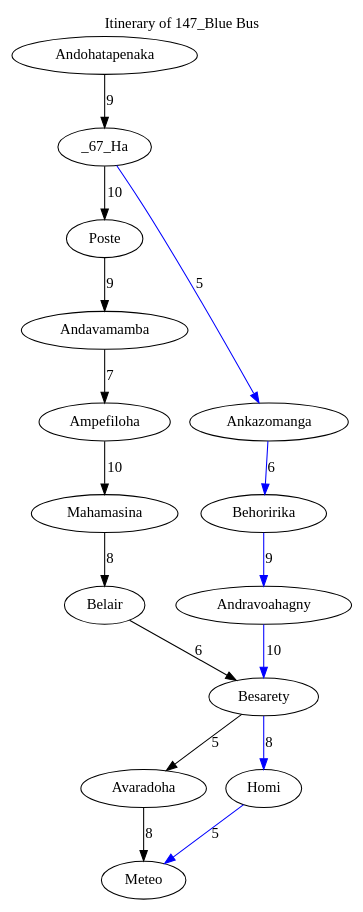
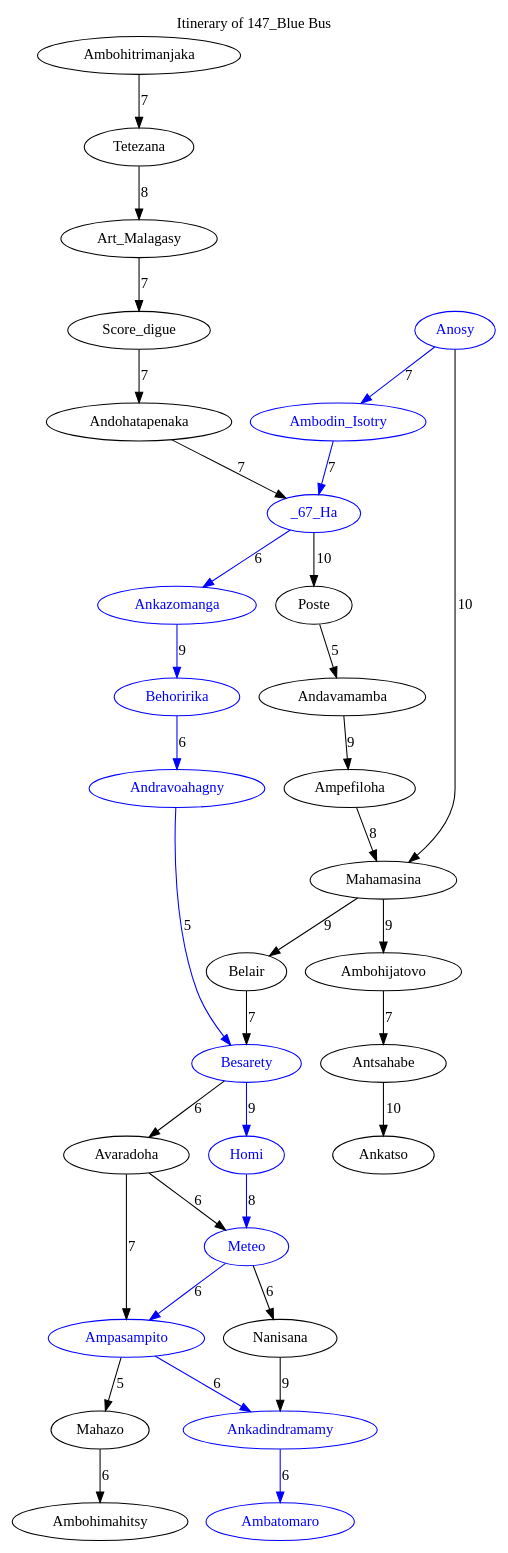
One commit to Online13/bus-path-finding changed the diagram in out/bus_147_Blue.gv. Above: the diagram before and after it, drawn with Graphviz. The commit also changed 38 other files, not shown here.

```diff
--- a/out/bus_147_Blue.gv
+++ b/out/bus_147_Blue.gv
@@ -1,17 +1,75 @@
 digraph G {
-	labelloc="t"	label="Itinerary of 147_Blue Bus"	Andavamamba -> Ampefiloha [weight=7, label="7"];
-	Ampefiloha -> Mahamasina [weight=10, label="10"];
+	labelloc="t"	label="Itinerary of 147_Blue Bus"	Ambodin_Isotry -> _67_Ha [color="blue", weight=7, label="7"];
+	Art_Malagasy -> Score_digue [weight=7, label="7"];
+	Antsahabe -> Ankatso [weight=10, label="10"];
+	Andavamamba -> Ampefiloha [weight=9, label="9"];
+	Ampefiloha -> Mahamasina [weight=8, label="8"];
 	_67_Ha -> Poste [weight=10, label="10"];
-	Andohatapenaka -> _67_Ha [weight=9, label="9"];
-	Mahamasina -> Belair [weight=8, label="8"];
-	Ankazomanga -> Behoririka [color="blue", weight=6, label="6"];
-	Andravoahagny -> Besarety [color="blue", weight=10, label="10"];
-	Besarety -> Avaradoha [weight=5, label="5"];
-	Homi -> Meteo [color="blue", weight=5, label="5"];
-	Besarety -> Homi [color="blue", weight=8, label="8"];
-	Poste -> Andavamamba [weight=9, label="9"];
-	_67_Ha -> Ankazomanga [color="blue", weight=5, label="5"];
-	Behoririka -> Andravoahagny [color="blue", weight=9, label="9"];
-	Belair -> Besarety [weight=6, label="6"];
-	Avaradoha -> Meteo [weight=8, label="8"];
+	Meteo -> Ampasampito [color="blue", weight=6, label="6"];
+	Andohatapenaka -> _67_Ha [weight=7, label="7"];
+	Meteo -> Nanisana [weight=6, label="6"];
+	Mahamasina -> Belair [weight=9, label="9"];
+	Ankazomanga -> Behoririka [color="blue", weight=9, label="9"];
+	Andravoahagny -> Besarety [color="blue", weight=5, label="5"];
+	Besarety -> Avaradoha [weight=6, label="6"];
+	Ambohitrimanjaka -> Tetezana [weight=7, label="7"];
+	Homi -> Meteo [color="blue", weight=8, label="8"];
+	Ampasampito -> Mahazo [weight=5, label="5"];
+	Besarety -> Homi [color="blue", weight=9, label="9"];
+	Tetezana -> Art_Malagasy [weight=8, label="8"];
+	Ampasampito -> Ankadindramamy [color="blue", weight=6, label="6"];
+	Poste -> Andavamamba [weight=5, label="5"];
+	_67_Ha -> Ankazomanga [color="blue", weight=6, label="6"];
+	Behoririka -> Andravoahagny [color="blue", weight=6, label="6"];
+	Score_digue -> Andohatapenaka [weight=7, label="7"];
+	Mahamasina -> Ambohijatovo [weight=9, label="9"];
+	Anosy -> Mahamasina [weight=10, label="10"];
+	Ankadindramamy -> Ambatomaro [color="blue", weight=6, label="6"];
+	Mahazo -> Ambohimahitsy [weight=6, label="6"];
+	Anosy -> Ambodin_Isotry [color="blue", weight=7, label="7"];
+	Belair -> Besarety [weight=7, label="7"];
+	Avaradoha -> Meteo [weight=6, label="6"];
+	Ambohijatovo -> Antsahabe [weight=7, label="7"];
+	Avaradoha -> Ampasampito [weight=7, label="7"];
+	Nanisana -> Ankadindramamy [weight=9, label="9"];
+	Art_Malagasy;
+	Andohatapenaka;
+	Tetezana;
+	_67_Ha [color="blue", fontcolor="blue"];
+	Ambohitrimanjaka;
+	Score_digue;
+	Poste;
+	Andavamamba;
+	Mahamasina;
+	Ambohijatovo;
+	_67_Ha [color="blue", fontcolor="blue"];
+	Ankatso;
+	Ampefiloha;
+	Antsahabe;
+	Mahamasina;
+	Anosy [color="blue", fontcolor="blue"];
+	Besarety [color="blue", fontcolor="blue"];
+	Meteo [color="blue", fontcolor="blue"];
+	Nanisana;
+	Avaradoha;
+	Belair;
+	Ankadindramamy [color="blue", fontcolor="blue"];
+	Ambatomaro [color="blue", fontcolor="blue"];
+	Ampasampito [color="blue", fontcolor="blue"];
+	Anosy [color="blue", fontcolor="blue"];
+	Behoririka [color="blue", fontcolor="blue"];
+	Besarety [color="blue", fontcolor="blue"];
+	Meteo [color="blue", fontcolor="blue"];
+	Ambodin_Isotry [color="blue", fontcolor="blue"];
+	_67_Ha [color="blue", fontcolor="blue"];
+	Ankazomanga [color="blue", fontcolor="blue"];
+	Homi [color="blue", fontcolor="blue"];
+	Andravoahagny [color="blue", fontcolor="blue"];
+	Ankadindramamy [color="blue", fontcolor="blue"];
+	Ambatomaro [color="blue", fontcolor="blue"];
+	Ampasampito [color="blue", fontcolor="blue"];
+	Besarety [color="blue", fontcolor="blue"];
+	Ambohimahitsy;
+	Avaradoha;
+	Mahazo;
 }
```
